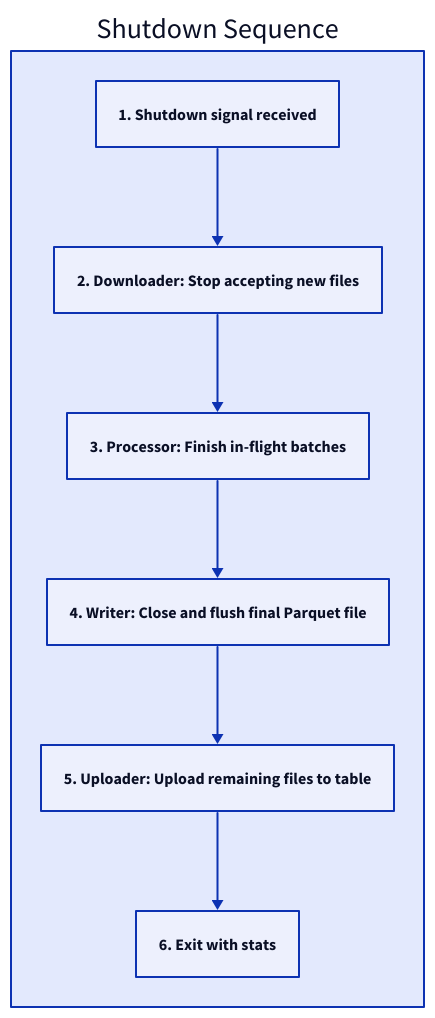
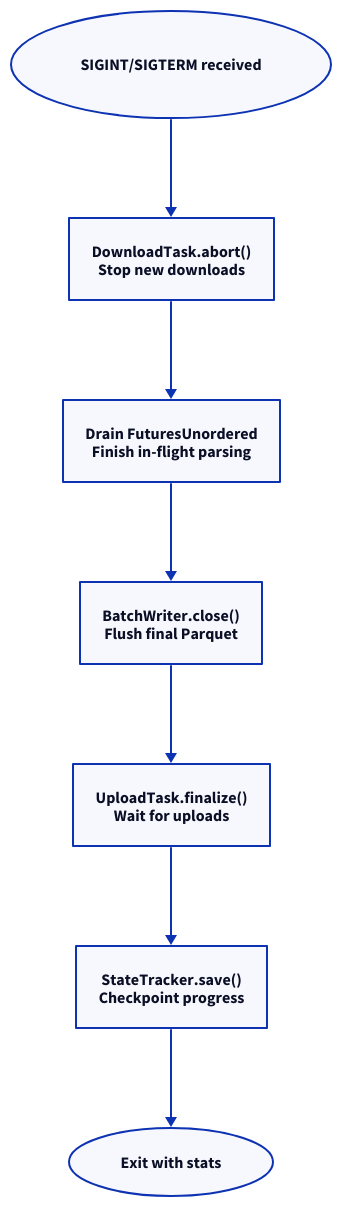
Before and after one commit to benjamin-awd/blizzard: the fourth of 4 diagrams in website/src/content/docs/architecture/pipeline.md, drawn with D2. The commit also changed other lines of this file and 5 other files, not shown here.

Commit message:
chore: update diagrams

````diff
--- a/website/src/content/docs/architecture/pipeline.md
+++ b/website/src/content/docs/architecture/pipeline.md
@@ -164,13 +186,13 @@
 ```d2
 direction: down
-Shutdown Sequence: {
-  step1: "1. Shutdown signal received"
-  step2: "2. Downloader: Stop accepting new files"
-  step3: "3. Processor: Finish in-flight batches"
-  step4: "4. Writer: Close and flush final Parquet file"
-  step5: "5. Uploader: Upload remaining files to table"
-  step6: "6. Exit with stats"
 
-  step1 -> step2 -> step3 -> step4 -> step5 -> step6
-}
+signal: "SIGINT/SIGTERM received" { shape: oval }
+abort: "DownloadTask.abort()\nStop new downloads"
+drain: "Drain FuturesUnordered\nFinish in-flight parsing"
+close: "BatchWriter.close()\nFlush final Parquet"
+finalize: "UploadTask.finalize()\nWait for uploads"
+save: "StateTracker.save()\nCheckpoint progress"
+exit: "Exit with stats" { shape: oval }
+
+signal -> abort -> drain -> close -> finalize -> save -> exit
 ```
````
